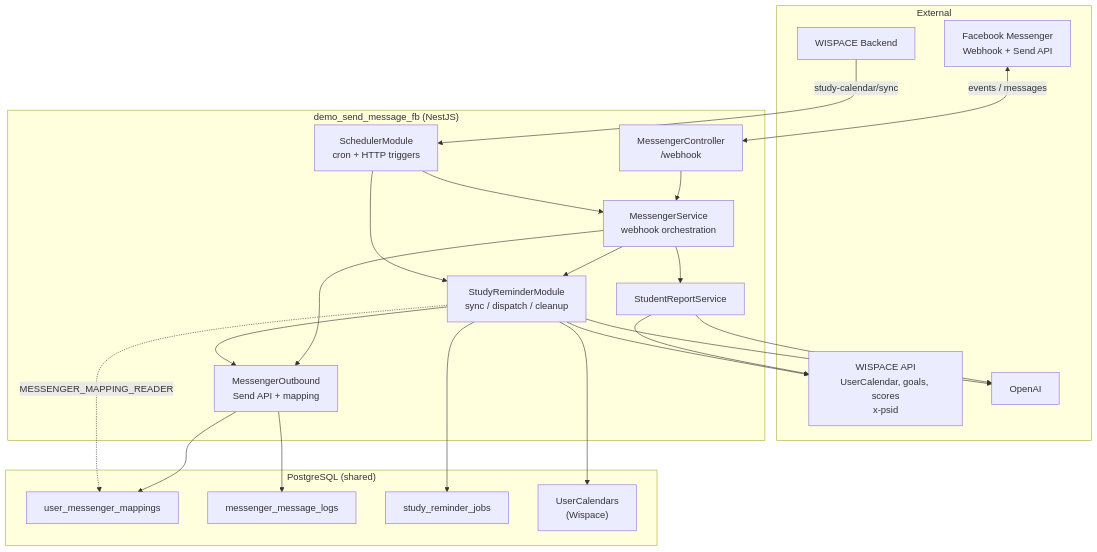
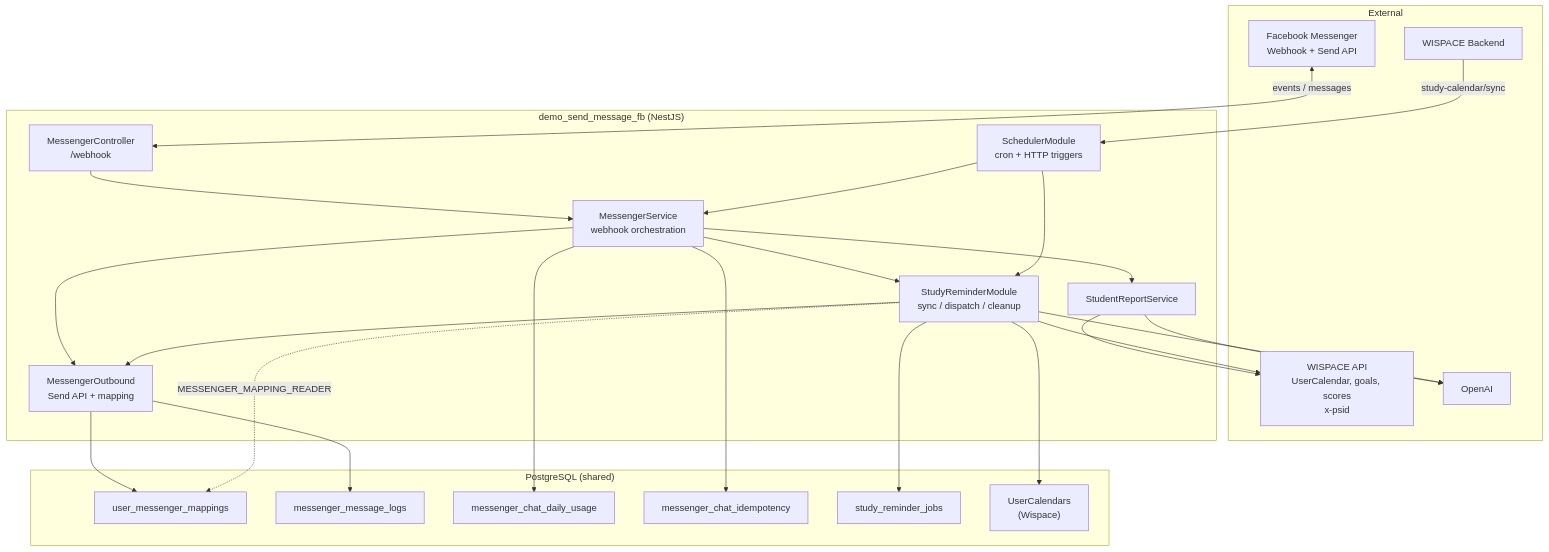
The diagram in docs/project-overview.md (lengocanh2005it/messenger-ai-for-student), drawn with Mermaid before and after one commit. The commit also changed other lines of this file and 29 other files, not shown here.

Commit message:
feat: implement chat rate limiting module with daily usage tracking and idempotency support

````diff
--- a/docs/project-overview.md
+++ b/docs/project-overview.md
@@ -35,44 +44,48 @@
 ```mermaid
 flowchart TB
   subgraph External
     FB["Facebook Messenger\nWebhook + Send API"]
     WISPACE["WISPACE Backend"]
     WAPI["WISPACE API\nUserCalendar, goals, scores\nx-psid"]
     OAI["OpenAI"]
   end
 
   subgraph App["demo_send_message_fb (NestJS)"]
     WH["MessengerController\n/webhook"]
     MS["MessengerService\nwebhook orchestration"]
     OUT["MessengerOutbound\nSend API + mapping"]
     SR["StudentReportService"]
     ST["StudyReminderModule\nsync / dispatch / cleanup"]
     CRON["SchedulerModule\ncron + HTTP triggers"]
   end
 
   subgraph DB["PostgreSQL (shared)"]
     MAP["user_messenger_mappings"]
     LOG["messenger_message_logs"]
+    USAGE["messenger_chat_daily_usage"]
+    IDEM["messenger_chat_idempotency"]
     JOBS["study_reminder_jobs"]
     CAL["UserCalendars\n(Wispace)"]
   end
 
   FB <-->|events / messages| WH
   WH --> MS
   MS --> SR
   MS --> ST
   MS --> OUT
   ST --> OUT
   CRON --> MS
   CRON --> ST
   SR --> WAPI
   SR --> OAI
   WISPACE -->|study-calendar/sync| CRON
   ST --> WAPI
   ST --> OAI
   ST --> CAL
   OUT --> MAP
   OUT --> LOG
+  MS --> USAGE
+  MS --> IDEM
   ST --> JOBS
   ST -.->|MESSENGER_MAPPING_READER| MAP
 ```
````
